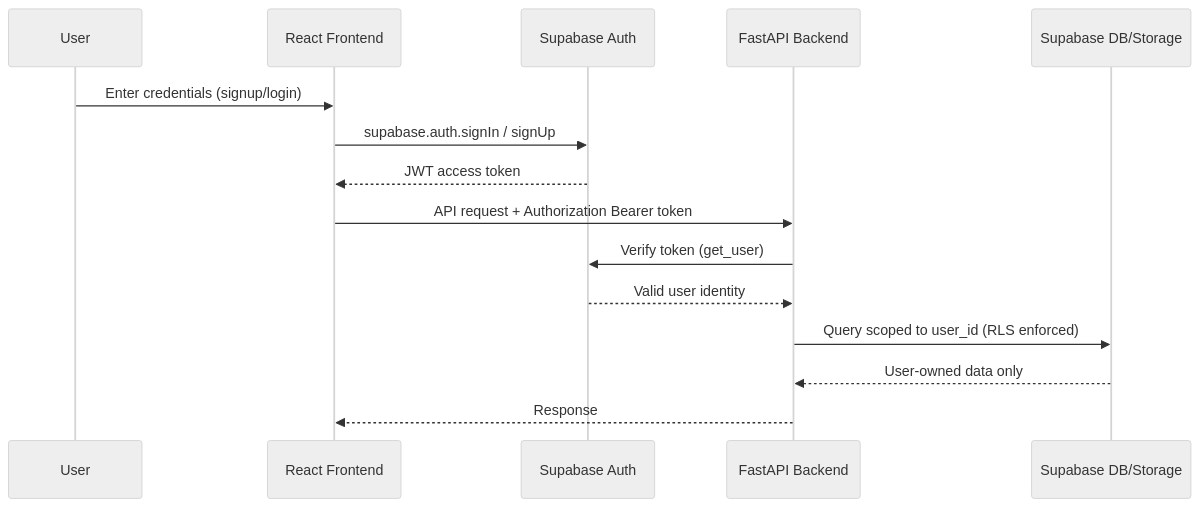
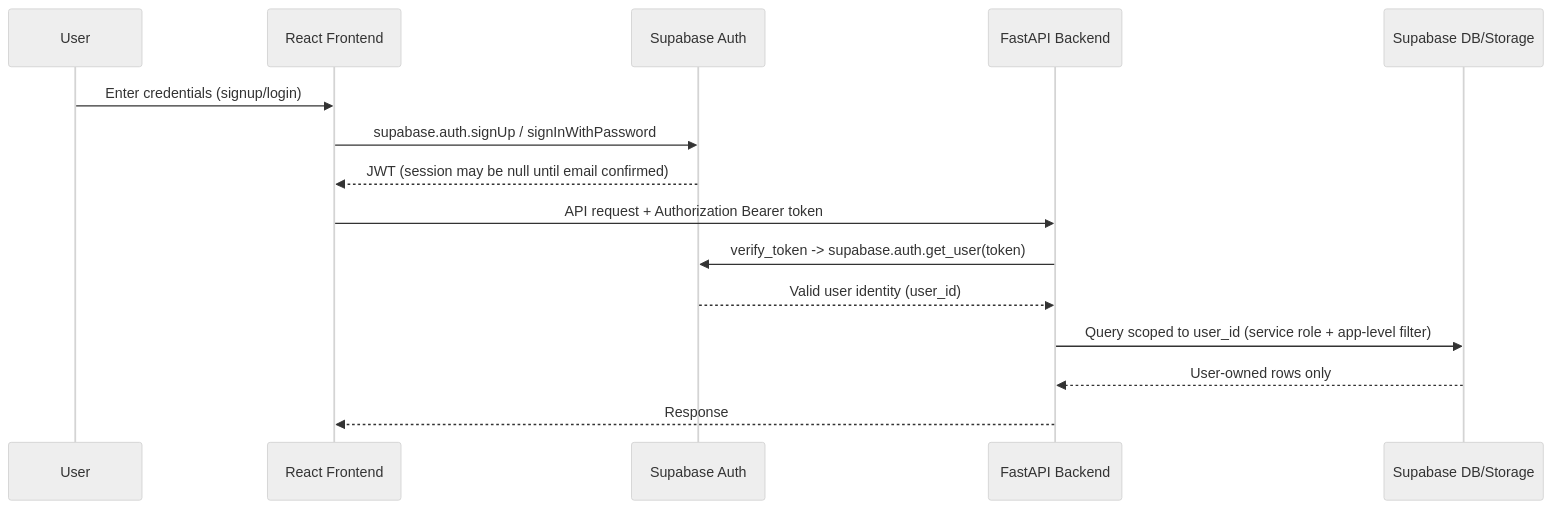
The second of 4 diagrams in README.md (raghukeerthana02-lang/RAG-assistant), drawn with Mermaid (neutral theme) before and after one commit. The commit also changed other lines of this file, not shown here.

````diff
--- a/README.md
+++ b/README.md
@@ -73,18 +94,18 @@
 ```mermaid
 sequenceDiagram
     participant U as User
     participant R as React Frontend
     participant S as Supabase Auth
     participant F as FastAPI Backend
     participant D as Supabase DB/Storage
- 
+
     U->>R: Enter credentials (signup/login)
-    R->>S: supabase.auth.signIn / signUp
-    S-->>R: JWT access token
+    R->>S: supabase.auth.signUp / signInWithPassword
+    S-->>R: JWT (session may be null until email confirmed)
     R->>F: API request + Authorization Bearer token
-    F->>S: Verify token (get_user)
-    S-->>F: Valid user identity
-    F->>D: Query scoped to user_id (RLS enforced)
-    D-->>F: User-owned data only
+    F->>S: verify_token -> supabase.auth.get_user(token)
+    S-->>F: Valid user identity (user_id)
+    F->>D: Query scoped to user_id (service role + app-level filter)
+    D-->>F: User-owned rows only
     F-->>R: Response
 ```
````
